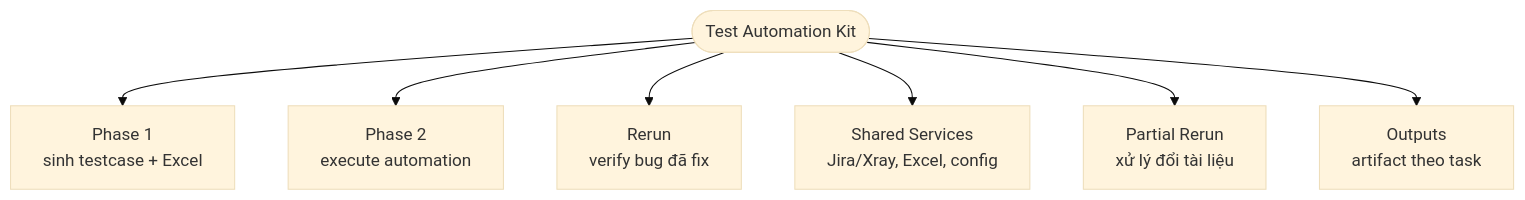
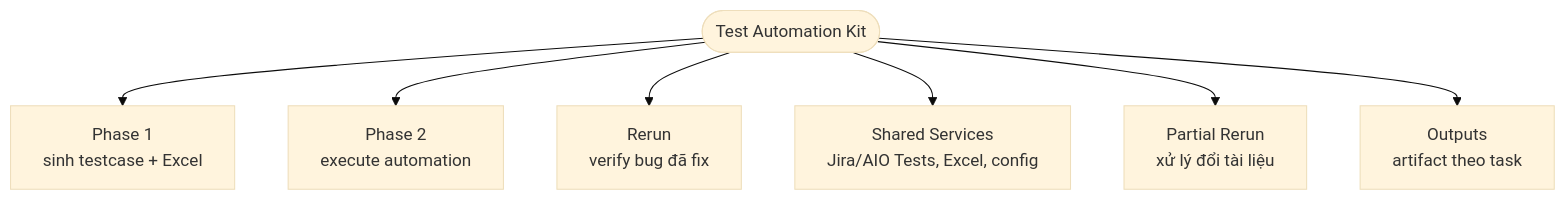
Before and after one commit to hungmanh0206/test-automation-kit-qig: the first of 3 diagrams in README.md, drawn with Mermaid (base theme). The commit also changed other lines of this file and 38 other files, not shown here.

````diff
--- a/README.md
+++ b/README.md
@@ -13,10 +13,10 @@
 ```mermaid
 flowchart TD
     Kit(["Test Automation Kit"])
     Kit --> P1["Phase 1<br/>sinh testcase + Excel"]
     Kit --> P2["Phase 2<br/>execute automation"]
     Kit --> RR["Rerun<br/>verify bug đã fix"]
-    Kit --> SS["Shared Services<br/>Jira/Xray, Excel, config"]
+    Kit --> SS["Shared Services<br/>Jira/AIO Tests, Excel, config"]
     Kit --> PR["Partial Rerun<br/>xử lý đổi tài liệu"]
     Kit --> OUT["Outputs<br/>artifact theo task"]
 ```
````
